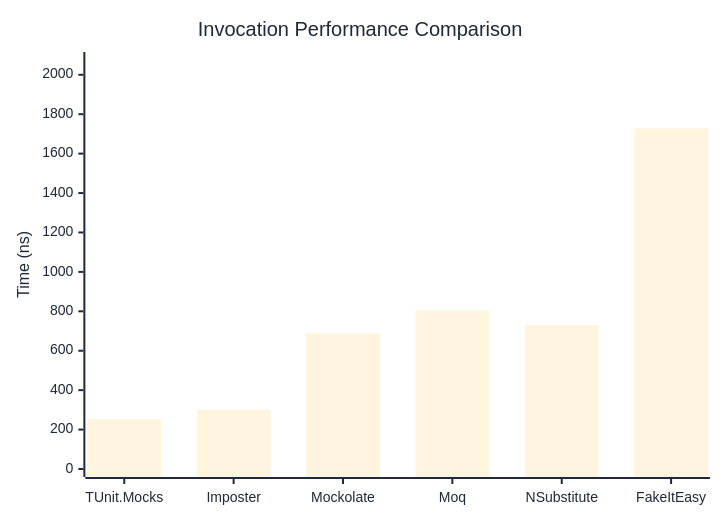
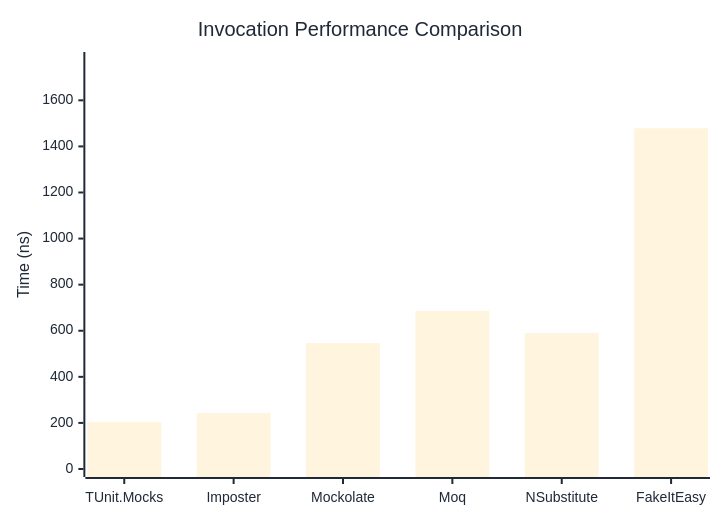
Before and after one commit to thomhurst/TUnit: the first of 3 diagrams in docs/docs/benchmarks/mocks/Invocation.md, drawn with Mermaid. The commit also changed other lines of this file and 14 other files, not shown here.

````diff
--- a/docs/docs/benchmarks/mocks/Invocation.md
+++ b/docs/docs/benchmarks/mocks/Invocation.md
@@ -28,27 +28,27 @@
 ```mermaid
 %%{init: {
   'theme':'base',
   'themeVariables': {
     'primaryColor': '#2563eb',
     'primaryTextColor': '#1f2937',
     'primaryBorderColor': '#1e40af',
     'lineColor': '#6b7280',
     'secondaryColor': '#7c3aed',
     'tertiaryColor': '#dc2626',
     'background': '#ffffff',
     'pie1': '#2563eb',
     'pie2': '#7c3aed',
     'pie3': '#dc2626',
     'pie4': '#f59e0b',
     'pie5': '#10b981',
     'pie6': '#06b6d4',
     'pie7': '#ec4899',
     'pie8': '#6366f1'
   }
 }}%%
 xychart-beta
   title "Invocation Performance Comparison"
   x-axis ["TUnit.Mocks", "Imposter", "Mockolate", "Moq", "NSubstitute", "FakeItEasy"]
-  y-axis "Time (ns)" 0 --> 2075
-  bar [253.3, 299.6, 687.1, 805.6, 730.9, 1728.6]
+  y-axis "Time (ns)" 0 --> 1775
+  bar [203, 243.4, 546.3, 686.5, 590.7, 1479.1]
 ```
````
